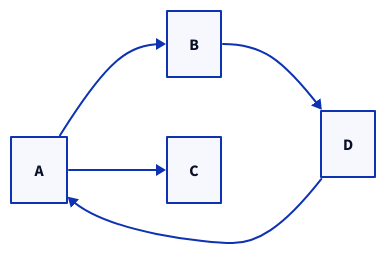
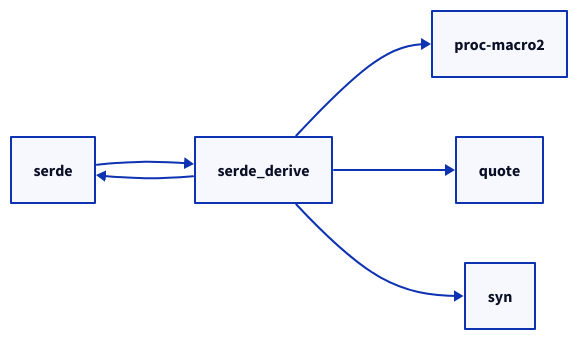
Before and after one commit to siemonseliaev/NoCh: the diagram in src/output.d2, drawn with D2. The commit also changed 3 other files, not shown here.

```diff
--- a/src/output.d2
+++ b/src/output.d2
@@ -1,6 +1,6 @@
 direction: right
-"A" -> "B"
-"A" -> "C"
-"C"
-"B" -> "D"
-"D" -> "A"
+"serde" -> "serde_derive"
+"serde_derive" -> "proc-macro2"
+"serde_derive" -> "quote"
+"serde_derive" -> "serde"
+"serde_derive" -> "syn"
```
